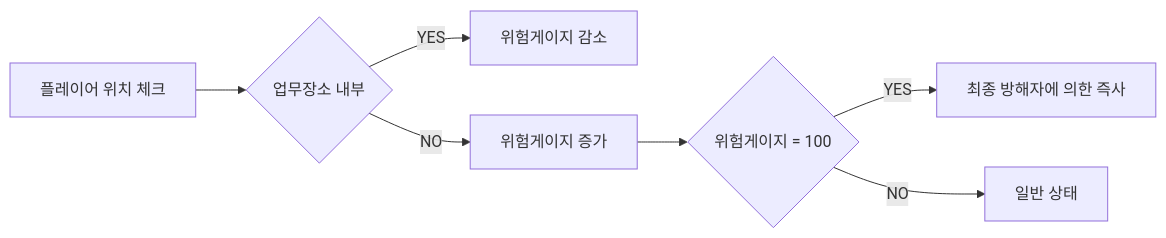
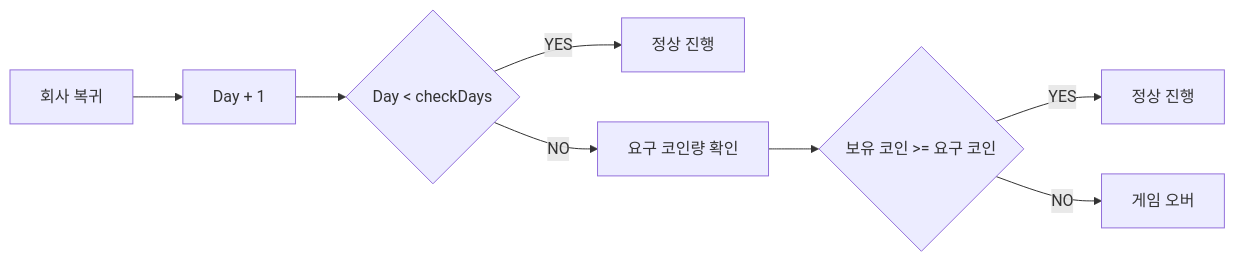
One commit to bell-ha/delrev-game changed the second of 3 diagrams in README.md. Above: the diagram before and after it, drawn with Mermaid. The commit also changed other lines of this file and 12 other files, not shown here.

````diff
--- a/README.md
+++ b/README.md
@@ -139,9 +107,10 @@
-      ```mermaid
-        flowchart LR
-          A["플레이어 위치 체크"] --> B{"업무장소 내부"}
-          B -->|YES| C["위험게이지 감소"]
-          B -->|NO| D["위험게이지 증가"]
-          D --> E{"위험게이지 = 100"}
-          E -->|YES| F["최종 방해자에 의한 즉사"]
-          E -->|NO| G["일반 상태"]
-        ```
+```mermaid
+flowchart LR
+  A["회사 복귀"] --> B["Day + 1"]
+  B --> C{"Day < checkDays"}
+  C -->|YES| D["정상 진행"]
+  C -->|NO| E["요구 코인량 확인"]
+  E --> F{"보유 코인 >= 요구 코인"}
+  F -->|YES| G["정상 진행"]
+  F -->|NO| H["게임 오버"]
+```
````
